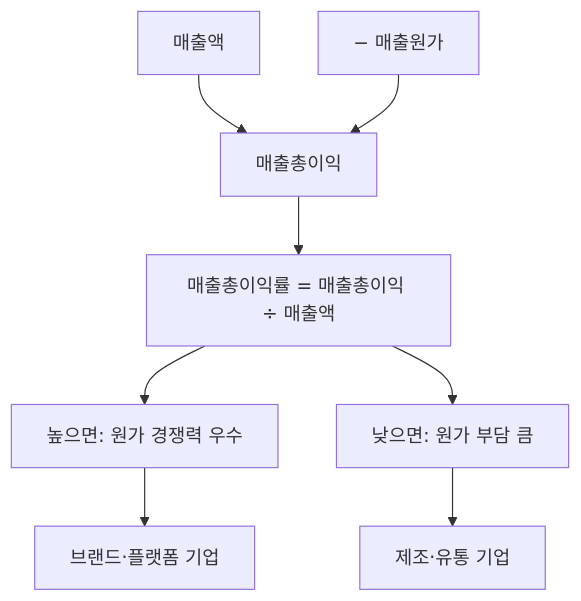
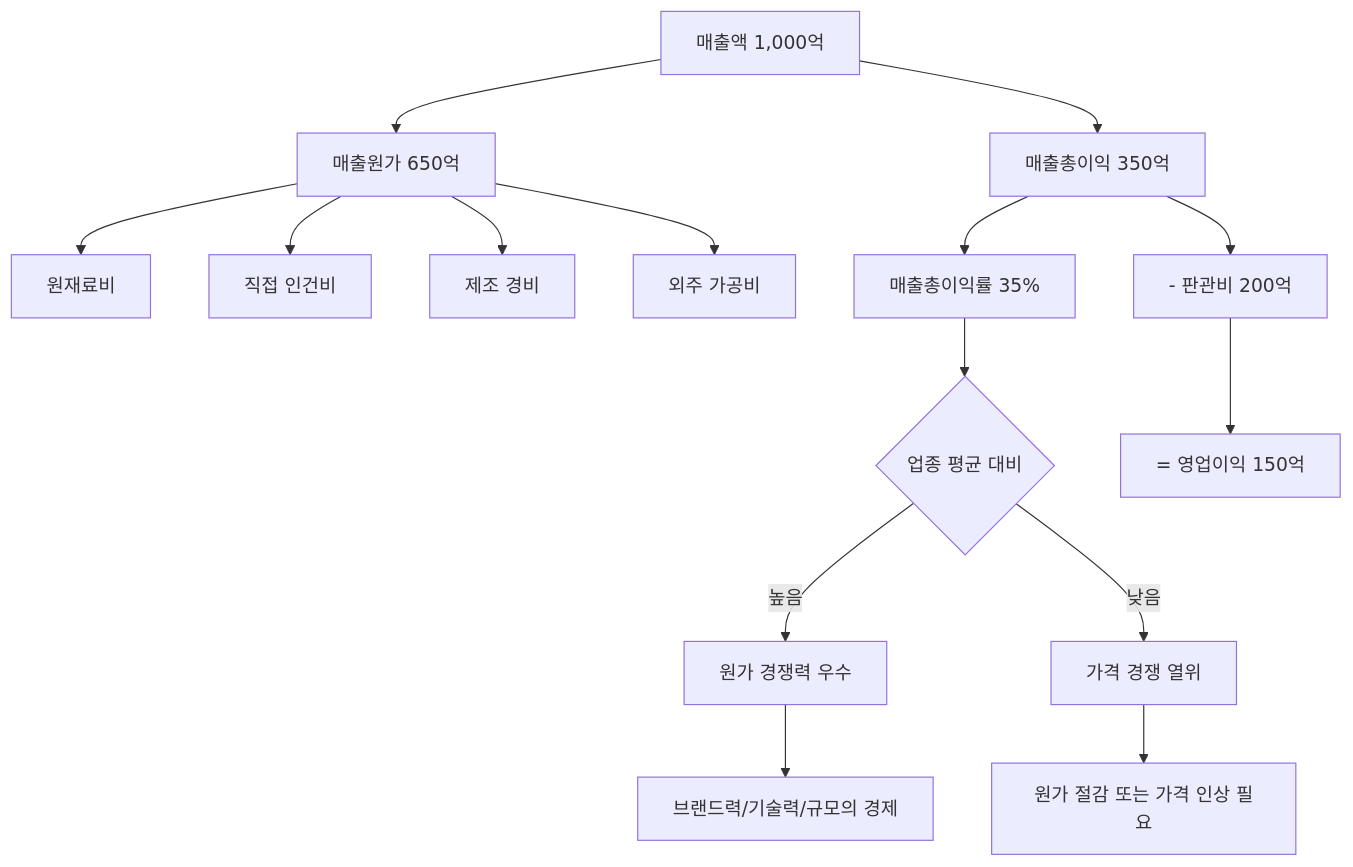
Before and after one commit to yeongseon/stock-visual-note: the diagram in content/stock-terms/ko/level-03-financial-statements/gross-profit.md, drawn with Mermaid. The commit also changed other lines of this file, not shown here.

````diff
--- a/content/stock-terms/ko/level-03-financial-statements/gross-profit.md
+++ b/content/stock-terms/ko/level-03-financial-statements/gross-profit.md
@@ -53,11 +56,17 @@
 ```mermaid
 graph TD
-    A["매출총이익"]
-    B["매출액"] --> A
-    C["− 매출원가"] --> A
-    A --> D["매출총이익률 = 매출총이익 ÷ 매출액"]
-    D --> E["높으면: 원가 경쟁력 우수"]
-    D --> F["낮으면: 원가 부담 큼"]
-    E --> G["브랜드·플랫폼 기업"]
-    F --> H["제조·유통 기업"]
+    A["매출액 1,000억"] --> B["매출원가 650억"]
+    A --> C["매출총이익 350억"]
+    B --> D["원재료비"]
+    B --> E["직접 인건비"]
+    B --> F["제조 경비"]
+    B --> G["외주 가공비"]
+    C --> H["매출총이익률 35%"]
+    H --> I{"업종 평균 대비"}
+    I -->|"높음"| J["원가 경쟁력 우수"]
+    I -->|"낮음"| K["가격 경쟁 열위"]
+    J --> L["브랜드력/기술력/규모의 경제"]
+    K --> M["원가 절감 또는 가격 인상 필요"]
+    C --> N["- 판관비 200억"]
+    N --> O["= 영업이익 150억"]
 ```
````
